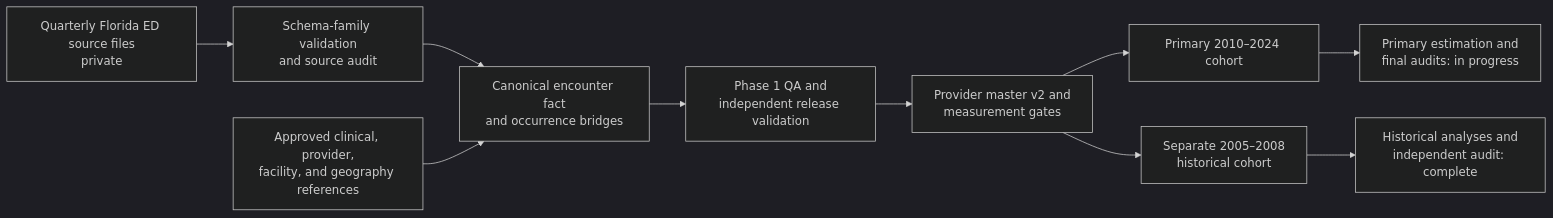
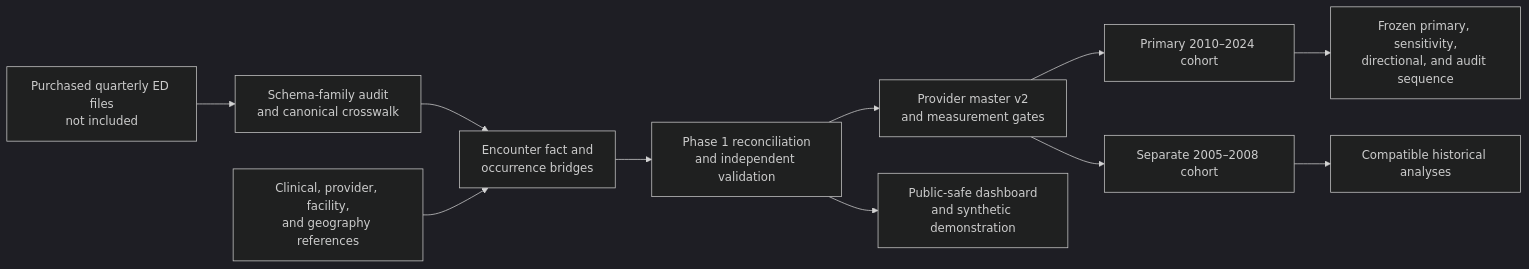
The diagram in README.md (JntNayeemMSBDSA/florida-ed-data-engineering), drawn with Mermaid (dark theme) before and after one commit. The commit also changed other lines of this file and 328 other files, not shown here.

````diff
--- a/README.md
+++ b/README.md
@@ -33,12 +80,13 @@
 ```mermaid
 flowchart LR
-    A["Quarterly Florida ED source files\nprivate"] --> B["Schema-family validation\nand source audit"]
-    B --> C["Canonical encounter fact\nand occurrence bridges"]
-    D["Approved clinical, provider,\nfacility, and geography references"] --> C
-    C --> E["Phase 1 QA and\nindependent release validation"]
-    E --> F["Provider master v2 and\nmeasurement gates"]
+    A["Purchased quarterly ED files\nnot included"] --> B["Schema-family audit\nand canonical crosswalk"]
+    B --> C["Encounter fact and\noccurrence bridges"]
+    D["Clinical, provider, facility,\nand geography references"] --> C
+    C --> E["Phase 1 reconciliation\nand independent validation"]
+    E --> F["Provider master v2\nand measurement gates"]
     F --> G["Primary 2010–2024 cohort"]
-    F --> H["Separate 2005–2008\nhistorical cohort"]
-    G --> I["Primary estimation and\nfinal audits: in progress"]
-    H --> J["Historical analyses and\nindependent audit: complete"]
+    F --> H["Separate 2005–2008 cohort"]
+    G --> I["Frozen primary, sensitivity,\ndirectional, and audit sequence"]
+    H --> J["Compatible historical analyses"]
+    E --> K["Public-safe dashboard\nand synthetic demonstration"]
 ```
````
